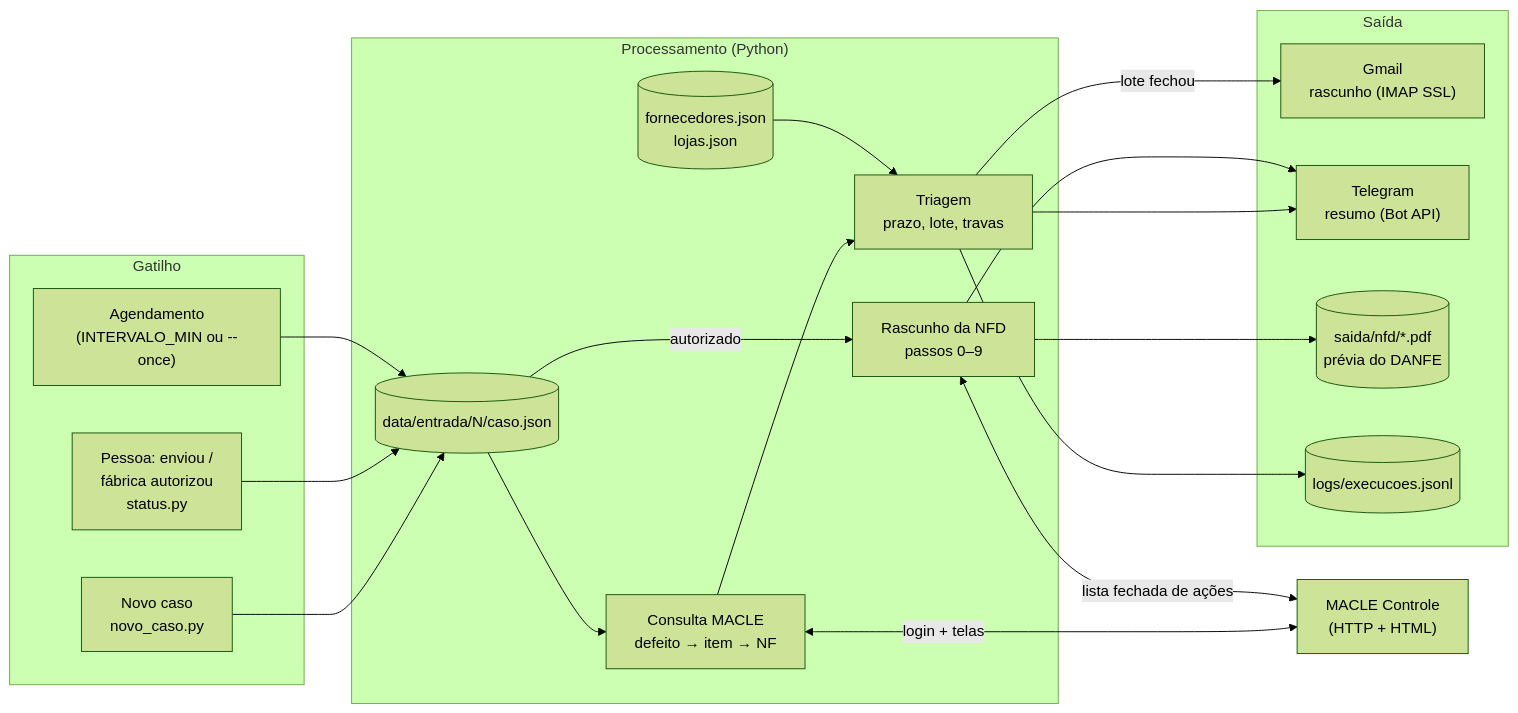
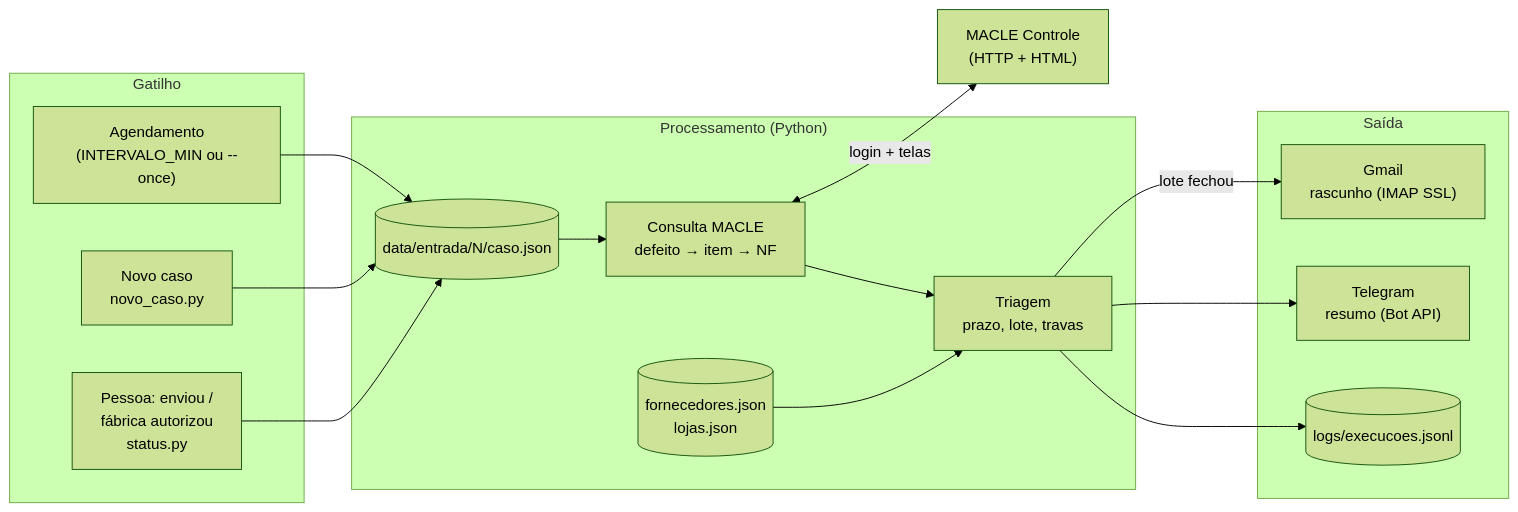
The first of 2 diagrams in README.md (angelofonseca/automacao-devolucoes-macle), drawn with Mermaid (forest theme) before and after one commit. The commit also changed other lines of this file and 24 other files, not shown here.

````diff
--- a/README.md
+++ b/README.md
@@ -44,34 +41,29 @@
 ```mermaid
 flowchart LR
     subgraph G["Gatilho"]
         T["Agendamento<br/>(INTERVALO_MIN ou --once)"]
         N["Novo caso<br/>novo_caso.py"]
         H["Pessoa: enviou /<br/>fábrica autorizou<br/>status.py"]
     end
     subgraph P["Processamento (Python)"]
         C[("data/entrada/N/caso.json")]
         CO["Consulta MACLE<br/>defeito → item → NF"]
         TR["Triagem<br/>prazo, lote, travas"]
-        NF["Rascunho da NFD<br/>passos 0–9"]
         F[("fornecedores.json<br/>lojas.json")]
     end
     subgraph S["Saída"]
         GM["Gmail<br/>rascunho (IMAP SSL)"]
         TG["Telegram<br/>resumo (Bot API)"]
-        PDF[("saida/nfd/*.pdf<br/>prévia do DANFE")]
         L[("logs/execucoes.jsonl")]
     end
     M["MACLE Controle<br/>(HTTP + HTML)"]
     N --> C
     H --> C
     T --> C
     C --> CO <-->|"login + telas"| M
     CO --> TR
     F --> TR
     TR -->|"lote fechou"| GM
-    C -->|"autorizado"| NF <-->|"lista fechada de ações"| M
-    NF --> PDF
     TR --> TG
-    NF --> TG
     TR --> L
 ```
````
